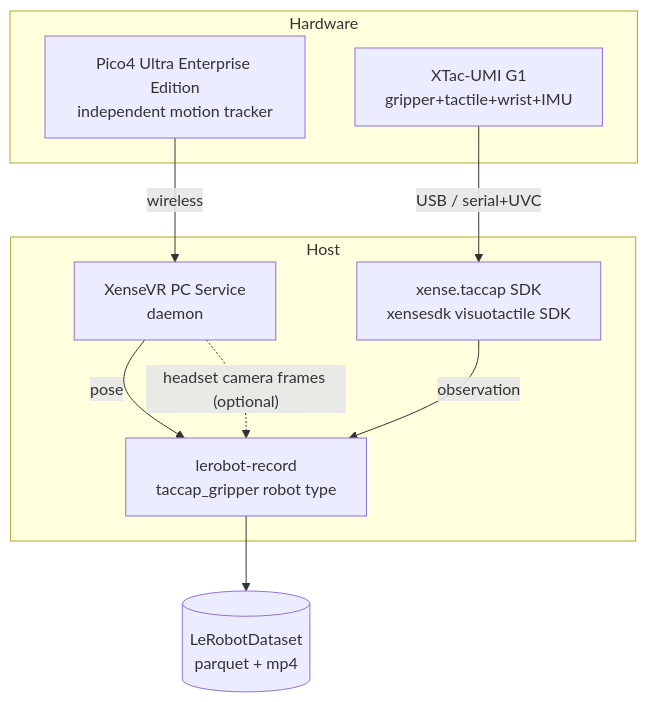
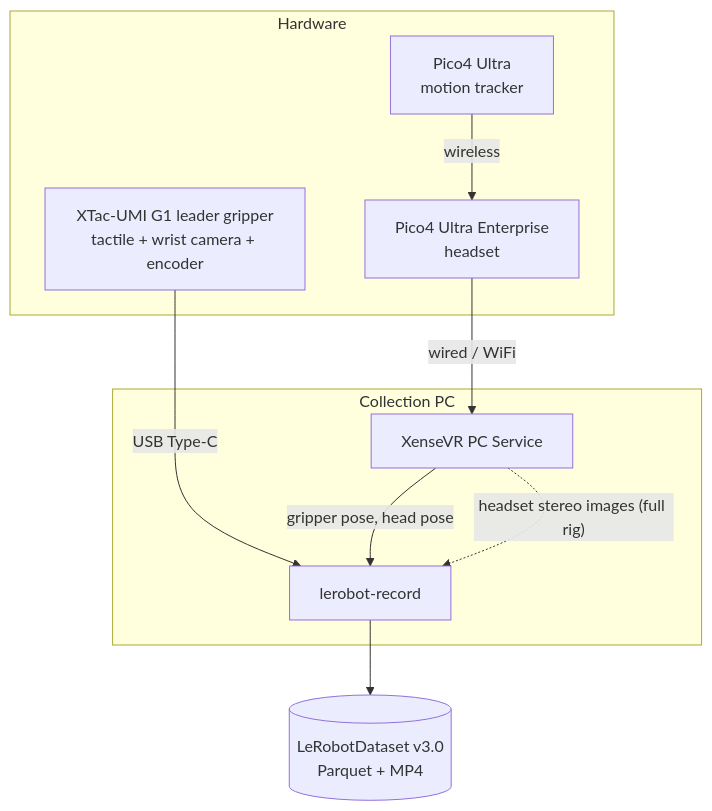
Before and after one commit to XenseRobotics-AI/XTac-UMI-G1-Docs: the diagram in docs/01-overview.en.md, drawn with Mermaid. The commit also changed other lines of this file and 1 other file, not shown here.

Commit message:
docs: 概述精简为客户视角，去掉从夹爪电机行，补三档采集与 LeRobotDataset v3.0

````diff
--- a/docs/01-overview.en.md
+++ b/docs/01-overview.en.md
@@ -26,18 +24,18 @@
 ```mermaid
 flowchart TB
     subgraph Hardware
-      G[XTac-UMI G1<br/>gripper+tactile+wrist+IMU]
-      P[Pico4 Ultra Enterprise Edition<br/>independent motion tracker]
+      G[XTac-UMI G1 leader gripper<br/>tactile + wrist camera + encoder]
+      T[Pico4 Ultra<br/>motion tracker]
+      H[Pico4 Ultra Enterprise<br/>headset]
     end
-    subgraph Host
-      PS[XenseVR PC Service<br/>daemon]
-      SDK[xense.taccap SDK<br/>xensesdk visuotactile SDK]
-      LR[lerobot-record<br/>taccap_gripper robot type]
+    subgraph Collection PC
+      PS[XenseVR PC Service]
+      LR[lerobot-record]
     end
-    G -- USB / serial+UVC --> SDK
-    P -- wireless --> PS
-    PS -- pose --> LR
-    PS -. headset camera frames (optional) .-> LR
-    SDK -- observation --> LR
-    LR --> DS[(LeRobotDataset<br/>parquet + mp4)]
+    G -- USB Type-C --> LR
+    T -- wireless --> H
+    H -- wired / WiFi --> PS
+    PS -- gripper pose, head pose --> LR
+    PS -. headset stereo images (full rig) .-> LR
+    LR --> DS[(LeRobotDataset v3.0<br/>Parquet + MP4)]
 ```
````
